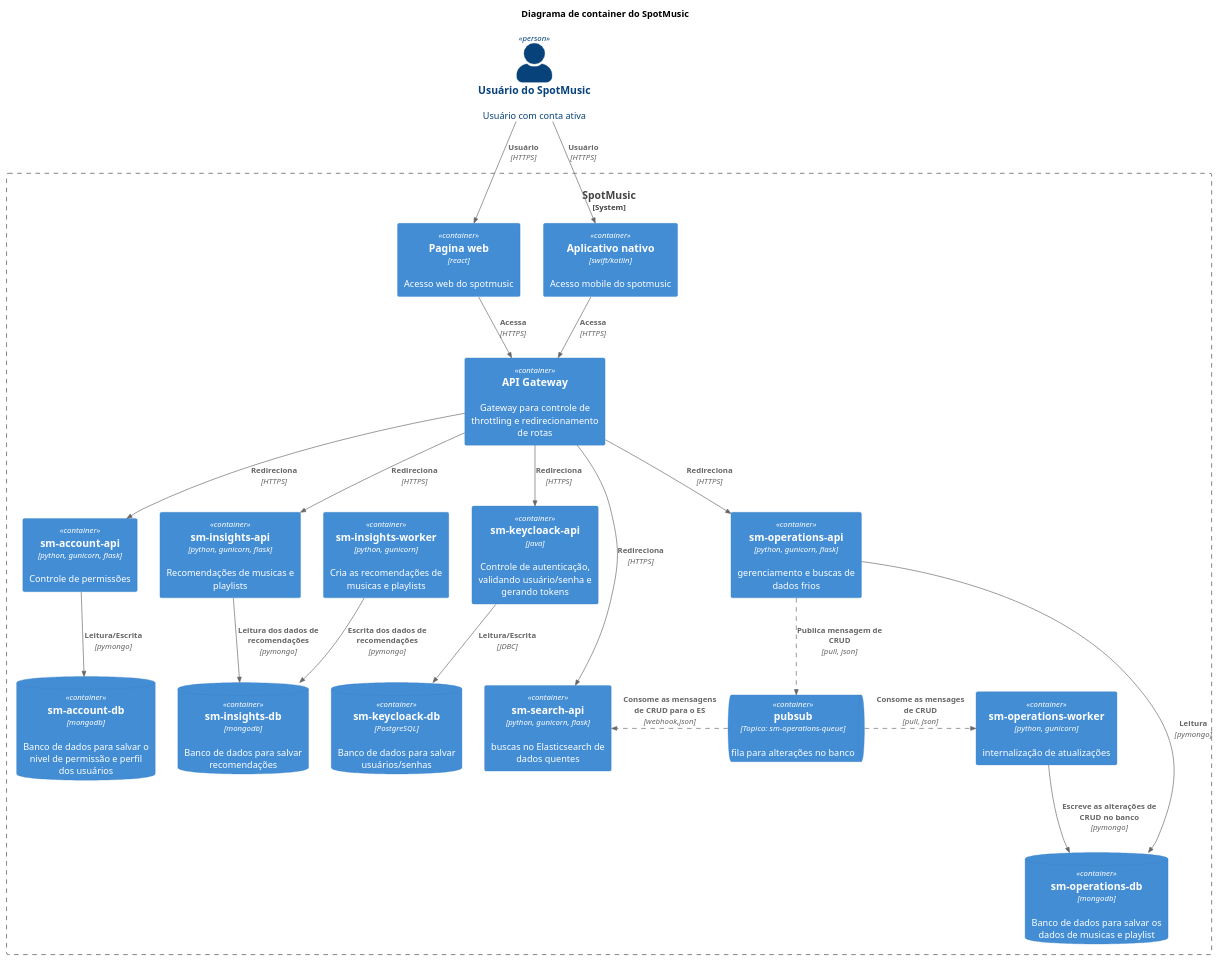
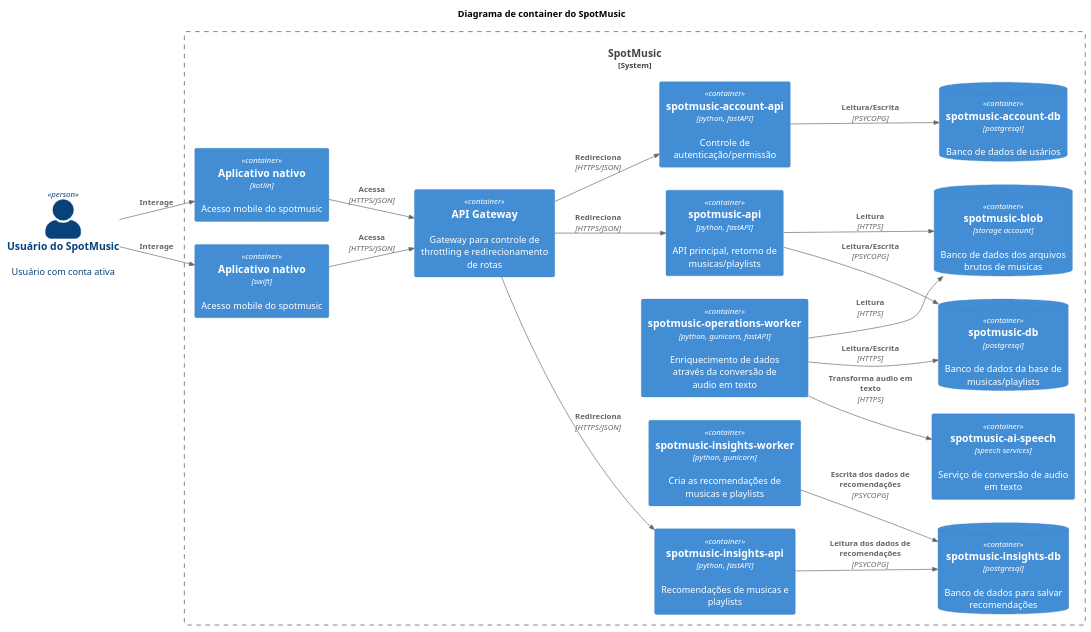
The diagram in c4/02_01_container.puml (spotmusic-grupo-9/spotmusic_docs), drawn with PlantUML before and after one commit. The commit also changed 4 other files, not shown here.

```diff
--- a/c4/02_01_container.puml
+++ b/c4/02_01_container.puml
@@ -1,62 +1,66 @@
 @startuml
 !include https://raw.githubusercontent.com/plantuml-stdlib/C4-PlantUML/master/C4_Component.puml
-AddRelTag("async", $lineStyle=DashedLine())
 
 
 SHOW_PERSON_PORTRAIT()
-' LAYOUT_LEFT_RIGHT()
+LAYOUT_LEFT_RIGHT()
 
 title Diagrama de container do SpotMusic
 
 Person(usuario, "Usuário do SpotMusic", "Usuário com conta ativa")
 
-System_Boundary(c1, "SpotMusic") {
-    Container(sm_web, "Pagina web", "react", "Acesso web do spotmusic")
-    Container(sm_mobile, "Aplicativo nativo", "swift/kotlin", "Acesso mobile do spotmusic")
+System_Boundary(c1, "SpotMusic") {    
+    Container(sm_mobile_android, "Aplicativo nativo", "kotlin", "Acesso mobile do spotmusic")
+    Container(sm_mobile_ios, "Aplicativo nativo", "swift", "Acesso mobile do spotmusic")
 
     Container(sm_gateway, "API Gateway", "", "Gateway para controle de throttling e redirecionamento de rotas")
 
-    Container(sm_account_api, "sm-account-api", "python, gunicorn, flask", "Controle de permissões")
-    ContainerDb(sm_account_db, "sm-account-db", "mongodb", "Banco de dados para salvar o nivel de permissão e perfil dos usuários")
+    Container(sm_account_api, "spotmusic-account-api", "python, fastAPI", "Controle de autenticação/permissão")
+    ContainerDb(sm_account_db, "spotmusic-account-db", "postgresql", "Banco de dados de usários")
 
-    Container(sm_keycloack_api, "sm-keycloack-api", "java", "Controle de autenticação, validando usuário/senha e gerando tokens")
-    ContainerDb(sm_keycloack_db, "sm-keycloack-db", "PostgreSQL", "Banco de dados para salvar usuários/senhas")
+    Container(sm_api, "spotmusic-api", "python, fastAPI", "API principal, retorno de musicas/playlists")
+    ContainerDb(sm_db, "spotmusic-db", "postgresql", "Banco de dados da base de musicas/playlists")
+    ContainerDb(sm_blob, "spotmusic-blob", "storage account", "Banco de dados dos arquivos brutos de musicas")
 
-    Container(sm_insights_api, "sm-insights-api", "python, gunicorn, flask", "Recomendações de musicas e playlists")
-    Container(sm_insights_worker, "sm-insights-worker", "python, gunicorn", "Cria as recomendações de musicas e playlists")
-    ContainerDb(sm_insights_db, "sm-insights-db", "mongodb", "Banco de dados para salvar recomendações")
-
-    Container(sm_search_api, "sm-search-api", "python, gunicorn, flask", "buscas no Elasticsearch de dados quentes")
-    Container(sm_operations_api, "sm-operations-api", "python, gunicorn, flask", "gerenciamento e buscas de dados frios")
-    Container(sm_operations_worker, "sm-operations-worker", "python, gunicorn", "internalização de atualizações")
-    ContainerQueue(sm_operations_queue,"pubsub", "Topico: sm-operations-queue", "fila para alterações no banco")
-    ContainerDb(sm_operations_db, "sm-operations-db", "mongodb", "Banco de dados para salvar os dados de musicas e playlist")
-    
+    Container(sm_operations_worker, "spotmusic-operations-worker", "python, gunicorn, fastAPI", "Enriquecimento de dados através da conversão de audio em texto")
+    Container(sm_ai_speech, "spotmusic-ai-speech", "speech services", "Serviço de conversão de audio em texto")
+   
+    Container(sm_insights_api, "spotmusic-insights-api", "python, fastAPI", "Recomendações de musicas e playlists")
+    Container(sm_insights_worker, "spotmusic-insights-worker", "python, gunicorn", "Cria as recomendações de musicas e playlists")
+    ContainerDb(sm_insights_db, "spotmusic-insights-db", "postgresql", "Banco de dados para salvar recomendações")        
 }
 
-Rel(usuario, sm_web, "Usuário", "HTTPS")
-Rel(usuario, sm_mobile, "Usuário", "HTTPS")
+Rel(usuario, sm_mobile_android, "Interage")
+Rel(usuario, sm_mobile_ios, "Interage")
 
 
-Rel(sm_web, sm_gateway, "Acessa", "HTTPS")
-Rel(sm_mobile, sm_gateway, "Acessa", "HTTPS")
+Rel(sm_mobile_android, sm_gateway, "Acessa", "HTTPS/JSON")
+Rel(sm_mobile_ios, sm_gateway, "Acessa", "HTTPS/JSON")
 
-Rel(sm_gateway, sm_keycloack_api, "Redireciona", "HTTPS")
-Rel(sm_gateway, sm_account_api, "Redireciona", "HTTPS")
-Rel(sm_gateway, sm_insights_api, "Redireciona", "HTTPS")
-Rel(sm_gateway, sm_operations_api, "Redireciona", "HTTPS")
-Rel(sm_gateway, sm_search_api, "Redireciona", "HTTPS")
 
-Rel(sm_keycloack_api, sm_keycloack_db, "Leitura/Escrita", "JDBC")
-Rel(sm_account_api, sm_account_db, "Leitura/Escrita", "pymongo")
-Rel(sm_insights_api, sm_insights_db, "Leitura dos dados de recomendações", "pymongo")
-Rel(sm_insights_worker, sm_insights_db, "Escrita dos dados de recomendações", "pymongo")
-Rel(sm_operations_api, sm_operations_db, "Leitura", "pymongo")
-Rel(sm_operations_api, sm_operations_queue, "Publica mensagem de CRUD", "pull, json", $tags = "async")
-Rel_Neighbor(sm_operations_queue, sm_operations_worker, "Consome as mensages de CRUD", "pull, json", $tags = "async")
-Rel_Neighbor(sm_operations_queue, sm_search_api, "Consome as mensagens de CRUD para o ES", "webhook,json", $tags = "async")
-Rel(sm_operations_worker, sm_operations_db, "Escreve as alterações de CRUD no banco", "pymongo")
+Rel(sm_gateway, sm_account_api, "Redireciona", "HTTPS/JSON")
+Rel(sm_gateway, sm_api, "Redireciona", "HTTPS/JSON")
+
+Rel(sm_account_api, sm_account_db, "Leitura/Escrita", "PSYCOPG")
+
+Rel(sm_api, sm_db, "Leitura/Escrita", "PSYCOPG")
+Rel(sm_api, sm_blob, "Leitura", "HTTPS")
+Rel(sm_operations_worker, sm_blob, "Leitura", "HTTPS")
+Rel(sm_operations_worker, sm_db, "Leitura/Escrita", "HTTPS")
+Rel(sm_operations_worker, sm_ai_speech, "Transforma audio em texto", "HTTPS")
+
+Rel(sm_gateway, sm_insights_api, "Redireciona", "HTTPS/JSON")
+Rel(sm_insights_api, sm_insights_db, "Leitura dos dados de recomendações", "PSYCOPG")
+Rel(sm_insights_worker, sm_insights_db, "Escrita dos dados de recomendações", "PSYCOPG")
+
+
+
+' Rel(sm_operations_api, sm_operations_db, "Leitura", "PSYCOPG")
+' Rel(sm_operations_api, sm_operations_queue, "Publica mensagem de CRUD", "pull, json", $tags = "async")
+' Rel_Neighbor(sm_operations_queue, sm_operations_worker, "Consome as mensages de CRUD", "pull, json", $tags = "async")
+' Rel_Neighbor(sm_operations_queue, sm_search_api, "Consome as mensagens de CRUD para o ES", "webhook,json", $tags = "async")
+' Rel(sm_operations_worker, sm_operations_db, "Escreve as alterações de CRUD no banco", "PSYCOPG")
 
 
 
 @enduml
```
